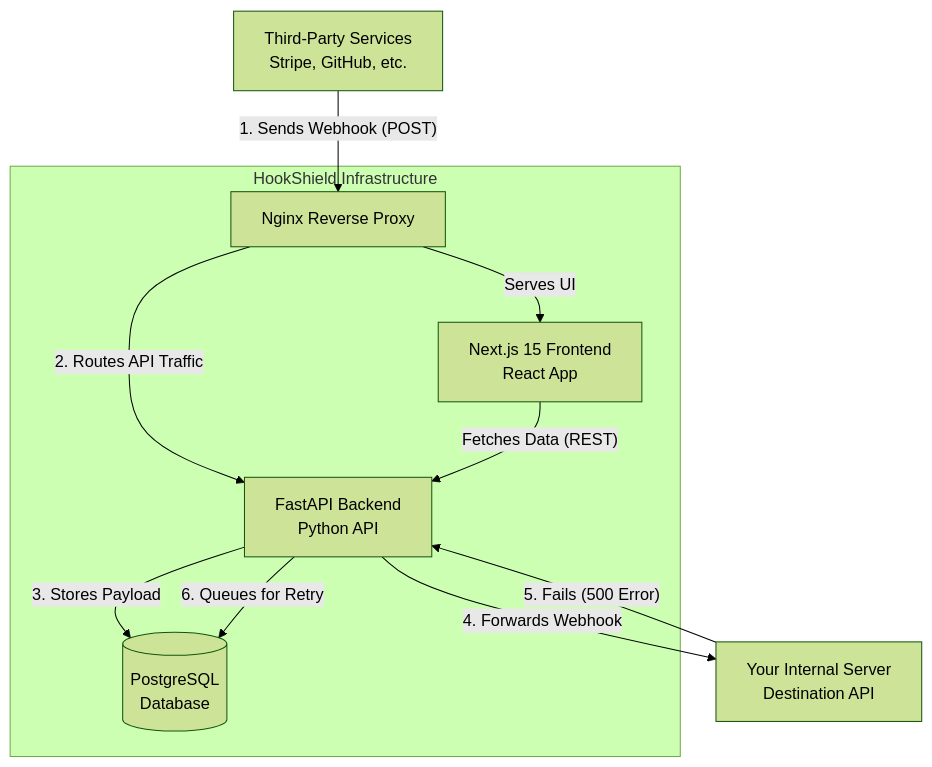
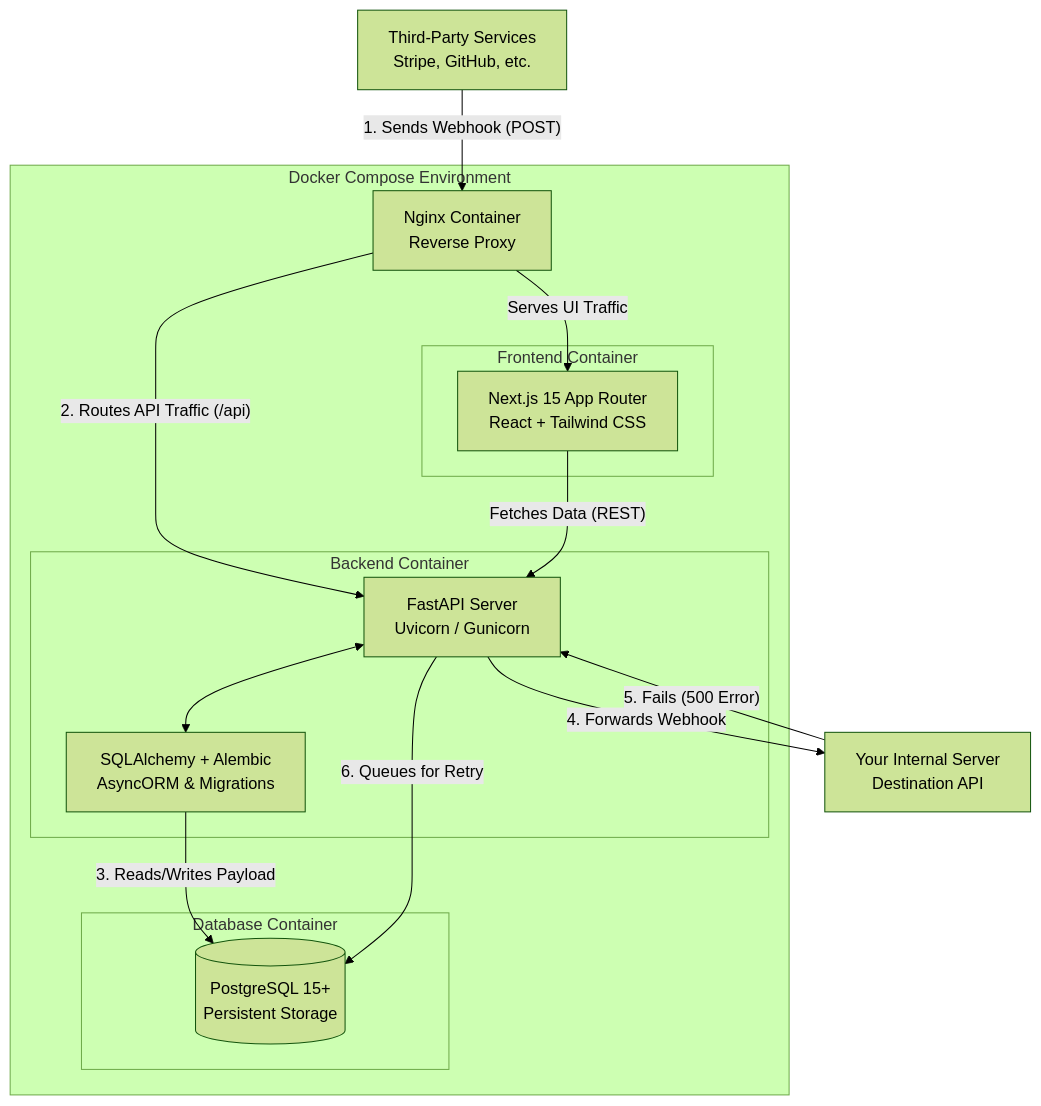
One commit to singhabhigyan007devil-cpu/smart-webhook-proxy changed the diagram in README.md. Above: the diagram before and after it, drawn with Mermaid (forest theme). The commit also changed other lines of this file, not shown here.

Commit message:
docs: update architectural diagram and component descriptions to reflect Docker-based environment

````diff
--- a/README.md
+++ b/README.md
@@ -24,24 +24,35 @@
 ```mermaid
 graph TD
-    %% Entities
-    ThirdParty[Third-Party Services\nStripe, GitHub, etc.]
-    Destination[Your Internal Server\nDestination API]
+    %% External Entities
+    ThirdParty[Third-Party Services<br/>Stripe, GitHub, etc.]
+    Destination[Your Internal Server<br/>Destination API]
     
-    %% Infrastructure
-    subgraph HookShield Infrastructure
-        Nginx[Nginx Reverse Proxy]
-        Frontend[Next.js 15 Frontend\nReact App]
-        Backend[FastAPI Backend\nPython API]
-        DB[(PostgreSQL\nDatabase)]
+    %% Docker Compose Network
+    subgraph Docker Compose Environment
+        Nginx[Nginx Container<br/>Reverse Proxy]
+        
+        subgraph Frontend Container
+            UI[Next.js 15 App Router<br/>React + Tailwind CSS]
+        end
+        
+        subgraph Backend Container
+            API[FastAPI Server<br/>Uvicorn / Gunicorn]
+            ORM[SQLAlchemy + Alembic<br/>AsyncORM & Migrations]
+        end
+        
+        subgraph Database Container
+            DB[(PostgreSQL 15+<br/>Persistent Storage)]
+        end
     end
 
     %% Data Flow
     ThirdParty -- "1. Sends Webhook (POST)" --> Nginx
-    Nginx -- "2. Routes API Traffic" --> Backend
-    Nginx -- "Serves UI" --> Frontend
-    Frontend -- "Fetches Data (REST)" --> Backend
-    Backend -- "3. Stores Payload" --> DB
-    Backend -- "4. Forwards Webhook" --> Destination
-    Destination -- "5. Fails (500 Error)" --> Backend
-    Backend -- "6. Queues for Retry" --> DB
+    Nginx -- "2. Routes API Traffic (/api)" --> API
+    Nginx -- "Serves UI Traffic" --> UI
+    UI -- "Fetches Data (REST)" --> API
+    API <--> ORM
+    ORM -- "3. Reads/Writes Payload" --> DB
+    API -- "4. Forwards Webhook" --> Destination
+    Destination -- "5. Fails (500 Error)" --> API
+    API -- "6. Queues for Retry" --> DB
 ```
````
